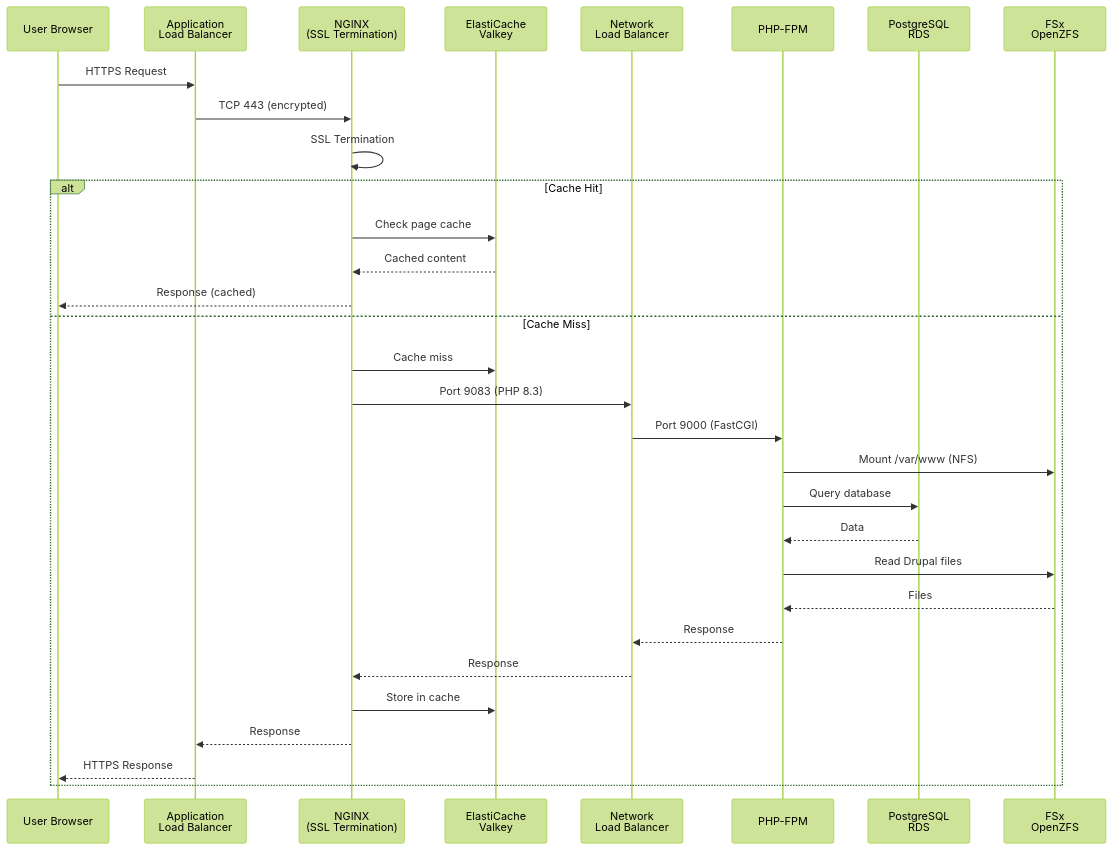
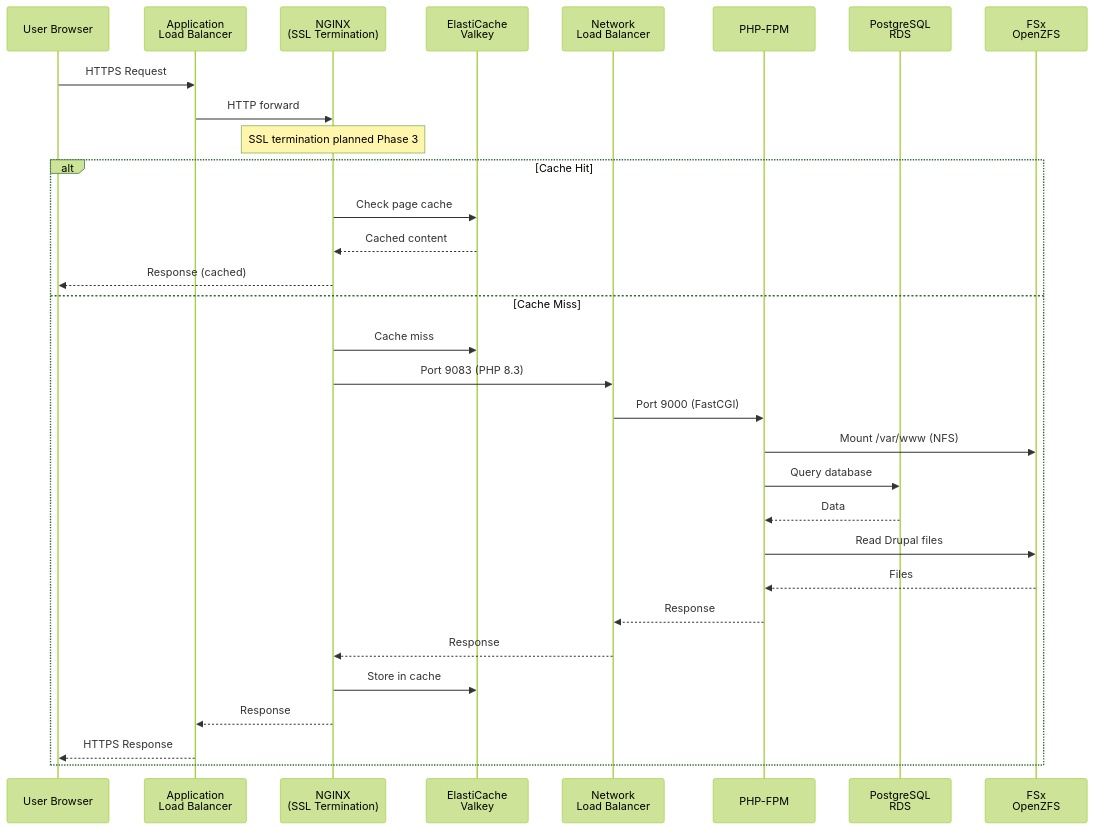
The third of 16 diagrams in docs/ARCHITECTURE.md (worx/cf-scalable-web), drawn with Mermaid (forest theme) before and after one commit. The commit also changed other lines of this file and 10 other files, not shown here.

````diff
--- a/docs/ARCHITECTURE.md
+++ b/docs/ARCHITECTURE.md
@@ -99,35 +114,35 @@
 ```mermaid
 sequenceDiagram
     participant User as User Browser
     participant ALB as Application<br/>Load Balancer
     participant NGINX as NGINX<br/>(SSL Termination)
     participant Cache as ElastiCache<br/>Valkey
     participant NLB as Network<br/>Load Balancer
     participant PHP as PHP-FPM
     participant RDS as PostgreSQL<br/>RDS
     participant FSx as FSx<br/>OpenZFS
 
     User->>ALB: HTTPS Request
-    ALB->>NGINX: TCP 443 (encrypted)
-    NGINX->>NGINX: SSL Termination
+    ALB->>NGINX: HTTP forward
+    Note over NGINX: SSL termination planned Phase 3
 
     alt Cache Hit
         NGINX->>Cache: Check page cache
         Cache-->>NGINX: Cached content
         NGINX-->>User: Response (cached)
     else Cache Miss
         NGINX->>Cache: Cache miss
         NGINX->>NLB: Port 9083 (PHP 8.3)
         NLB->>PHP: Port 9000 (FastCGI)
         PHP->>FSx: Mount /var/www (NFS)
         PHP->>RDS: Query database
         RDS-->>PHP: Data
         PHP->>FSx: Read Drupal files
         FSx-->>PHP: Files
         PHP-->>NLB: Response
         NLB-->>NGINX: Response
         NGINX->>Cache: Store in cache
         NGINX-->>ALB: Response
         ALB-->>User: HTTPS Response
     end
 ```
````
